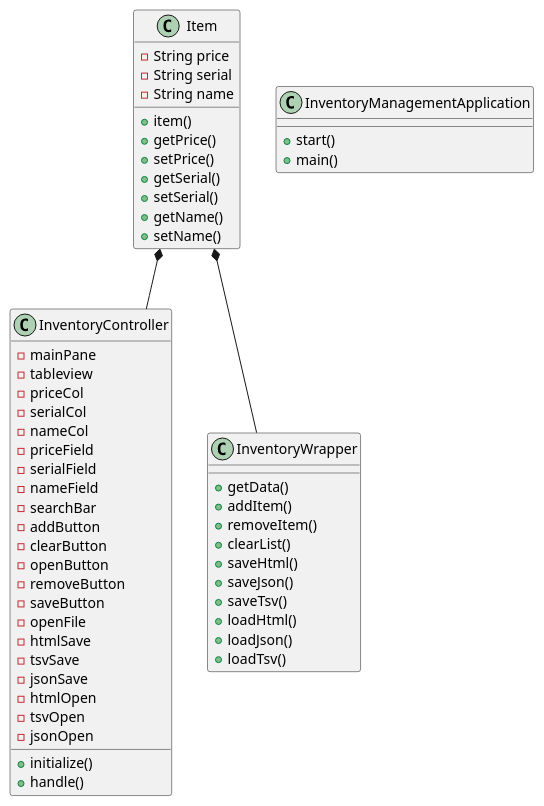
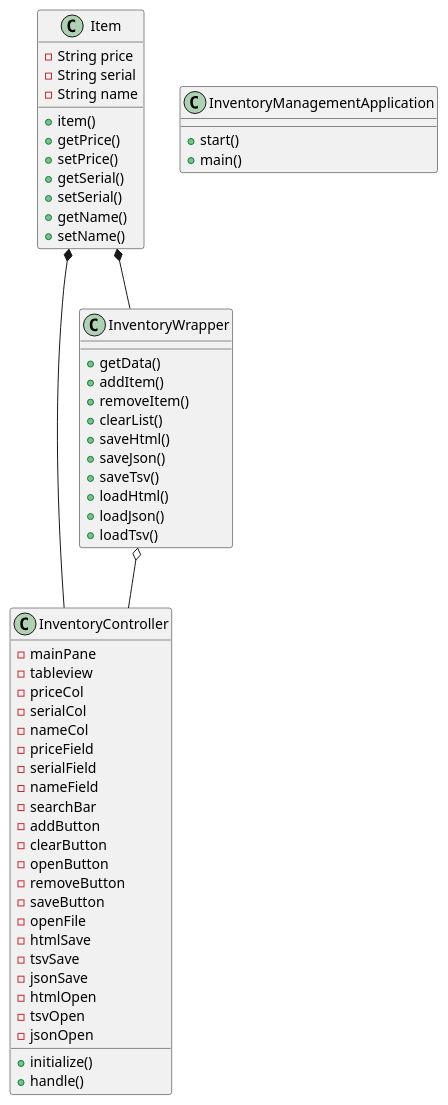
The diagram in docs/Stucture.puml (samuelbauta/Inventory-Manager), drawn with PlantUML before and after one commit. The commit also changed 34 other files, not shown here.

```diff
--- a/docs/Stucture.puml
+++ b/docs/Stucture.puml
@@ -1,64 +1,65 @@
 @startuml
 class InventoryController{
 +initialize()
 +handle()
 
 -mainPane
 -tableview
 -priceCol
 -serialCol
 -nameCol
 -priceField
 -serialField
 -nameField
 -searchBar
 -addButton
 -clearButton
 -openButton
 -removeButton
 -saveButton
 -openFile
 -htmlSave
 -tsvSave
 -jsonSave
 -htmlOpen
 -tsvOpen
 -jsonOpen
 }
 class InventoryManagementApplication{
 +start()
 +main()
 }
 class InventoryWrapper{
 +getData()
 +addItem()
 +removeItem()
 +clearList()
 +saveHtml()
 +saveJson()
 +saveTsv()
 +loadHtml()
 +loadJson()
 +loadTsv()
 
 
 }
 class Item{
 
 +item()
 +getPrice()
 +setPrice()
 +getSerial()
 +setSerial()
 +getName()
 +setName()
 - String price
 - String serial
 - String name
 }
 
 Item *-- InventoryWrapper
 Item *-- InventoryController
+InventoryWrapper o-- InventoryController
 
 
 @enduml
```
